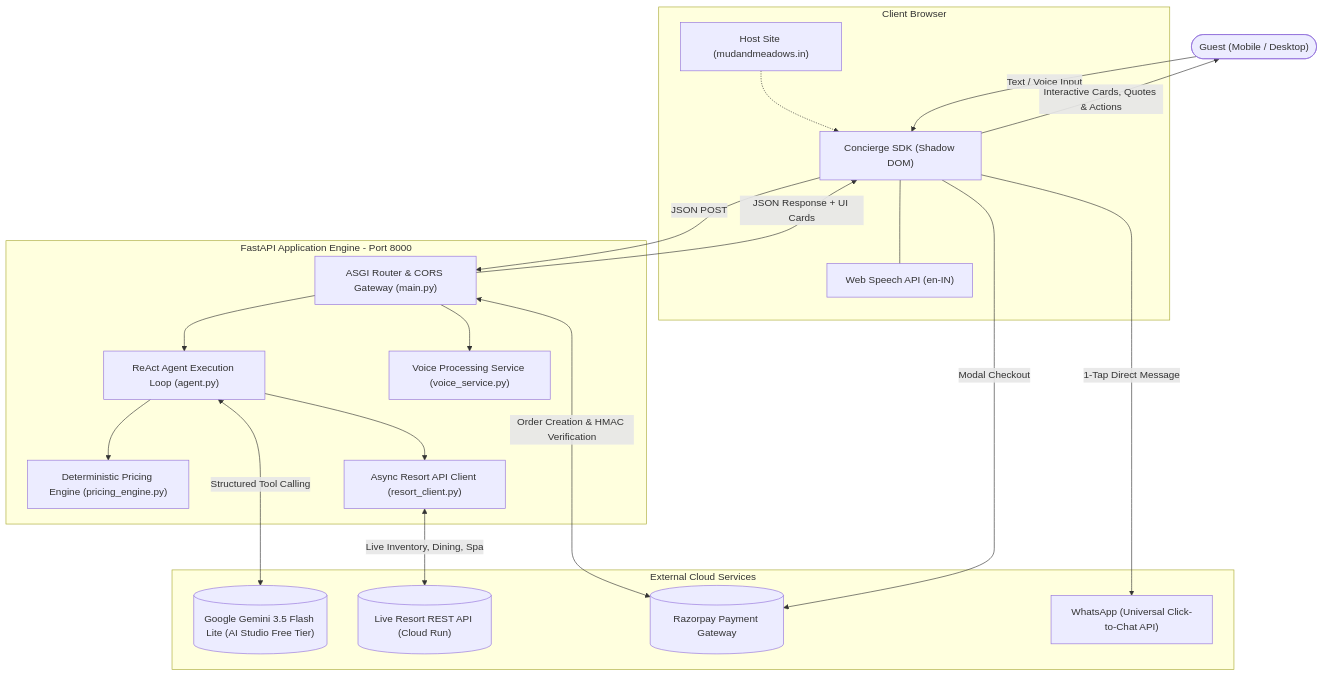
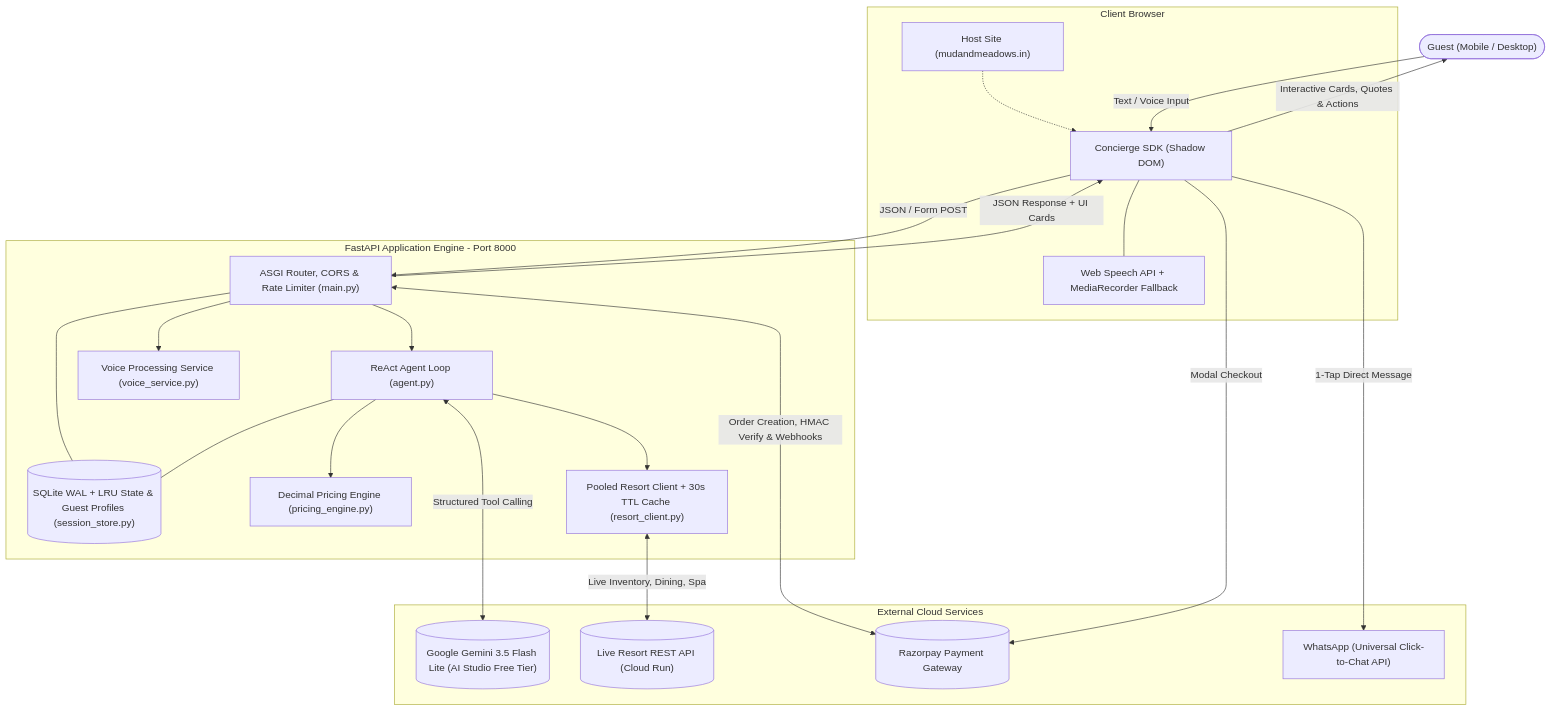
The first of 2 diagrams in README.md (adarsh2179/mudandmeadows-shruti-chatbot), drawn with Mermaid before and after one commit. The commit also changed other lines of this file and 1 other file, not shown here.

Commit message:
docs: sync README & PROJECT_SUMMARY with session_store, voice endpoint, real schemas, and 500-case benchmark

````diff
--- a/README.md
+++ b/README.md
@@ -75,41 +76,44 @@
 ```mermaid
 flowchart TD
     Guest(["Guest (Mobile / Desktop)"])
     
     subgraph Client Browser
         HostSite["Host Site (mudandmeadows.in)"]
         Widget["Concierge SDK (Shadow DOM)"]
-        SpeechAPI["Web Speech API (en-IN)"]
+        SpeechAPI["Web Speech API + MediaRecorder Fallback"]
         HostSite -.-> Widget
         Widget --- SpeechAPI
     end
 
     subgraph Backend Services [FastAPI Application Engine - Port 8000]
-        Router["ASGI Router & CORS Gateway (main.py)"]
-        Agent["ReAct Agent Execution Loop (agent.py)"]
+        Router["ASGI Router, CORS & Rate Limiter (main.py)"]
+        Agent["ReAct Agent Loop (agent.py)"]
+        StateStore[("SQLite WAL + LRU State & Guest Profiles (session_store.py)")]
         VoiceSvc["Voice Processing Service (voice_service.py)"]
-        Pricing["Deterministic Pricing Engine (pricing_engine.py)"]
-        ResortClient["Async Resort API Client (resort_client.py)"]
+        Pricing["Decimal Pricing Engine (pricing_engine.py)"]
+        ResortClient["Pooled Resort Client + 30s TTL Cache (resort_client.py)"]
     end
 
     subgraph External Cloud Services
         Gemini[("Google Gemini 3.5 Flash Lite (AI Studio Free Tier)")]
         LiveResortAPI[("Live Resort REST API (Cloud Run)")]
         RazorpayGateway[("Razorpay Payment Gateway")]
         WhatsApp["WhatsApp (Universal Click-to-Chat API)"]
     end
 
     Guest -->|Text / Voice Input| Widget
-    Widget -->|JSON POST| Router
+    Widget -->|JSON / Form POST| Router
     Router --> VoiceSvc
     Router --> Agent
+    Router --- StateStore
+    Agent --- StateStore
     Agent <-->|Structured Tool Calling| Gemini
     Agent --> Pricing
     Agent --> ResortClient
     ResortClient <-->|Live Inventory, Dining, Spa| LiveResortAPI
-    Router <-->|Order Creation & HMAC Verification| RazorpayGateway
+    Router <-->|"Order Creation, HMAC Verify & Webhooks"| RazorpayGateway
     Router -->|JSON Response + UI Cards| Widget
     Widget -->|1-Tap Direct Message| WhatsApp
     Widget -->|Modal Checkout| RazorpayGateway
     Widget -->|"Interactive Cards, Quotes & Actions"| Guest
 ```
````
